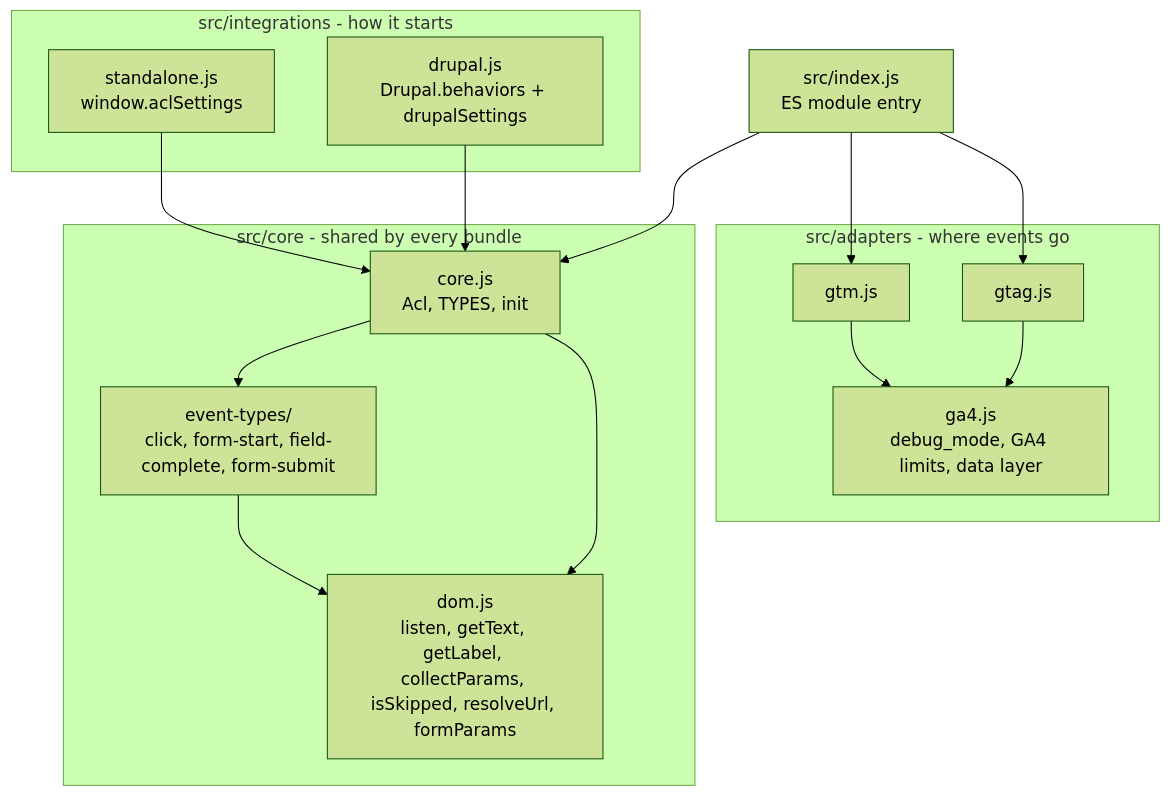
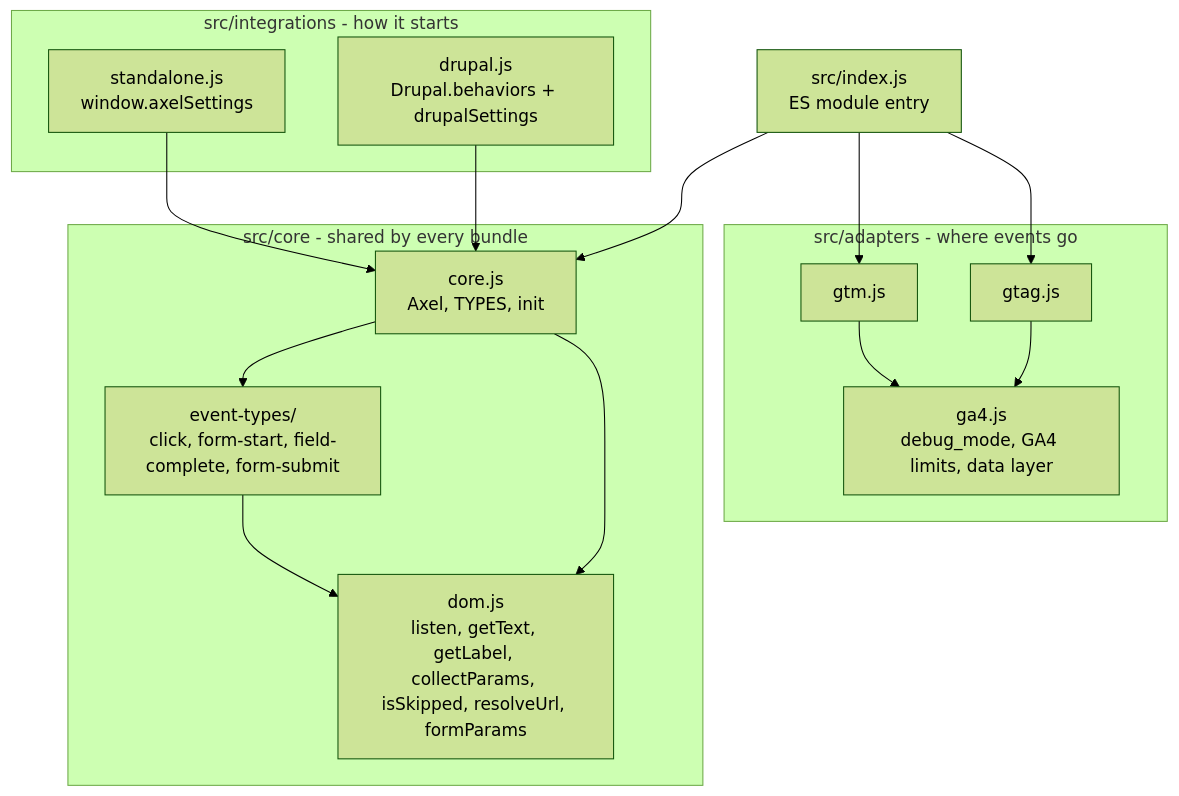
The first of 3 diagrams in docs/architecture/README.md (drevops/axel), drawn with Mermaid (forest theme) before and after one commit. The commit also changed other lines of this file and 29 other files, not shown here.

Commit message:
Renamed the 'data-acl-*' attributes, globals, Drupal settings, class and bundles to 'axel'.

````diff
--- a/docs/architecture/README.md
+++ b/docs/architecture/README.md
@@ -10,27 +10,27 @@
 ```mermaid
 %% Traced from: src/core/*.js, src/core/event-types/*.js, src/adapters/*.js, src/integrations/*.js, src/index.js.
 flowchart TB
     subgraph integrations[src/integrations - how it starts]
-        standalone[standalone.js<br>window.aclSettings]
+        standalone[standalone.js<br>window.axelSettings]
         drupal[drupal.js<br>Drupal.behaviors + drupalSettings]
     end
     subgraph core[src/core - shared by every bundle]
-        coreJs[core.js<br>Acl, TYPES, init]
+        coreJs[core.js<br>Axel, TYPES, init]
         eventTypes[event-types/<br>click, form-start, field-complete, form-submit]
         dom[dom.js<br>listen, getText, getLabel, collectParams, isSkipped, resolveUrl, formParams]
     end
     subgraph adapters[src/adapters - where events go]
         gtm[gtm.js]
         gtag[gtag.js]
         ga4[ga4.js<br>debug_mode, GA4 limits, data layer]
     end
     standalone --> coreJs
     drupal --> coreJs
     coreJs --> eventTypes --> dom
     coreJs --> dom
     gtm --> ga4
     gtag --> ga4
     index[src/index.js<br>ES module entry] --> coreJs
     index --> gtm
     index --> gtag
 ```
````
